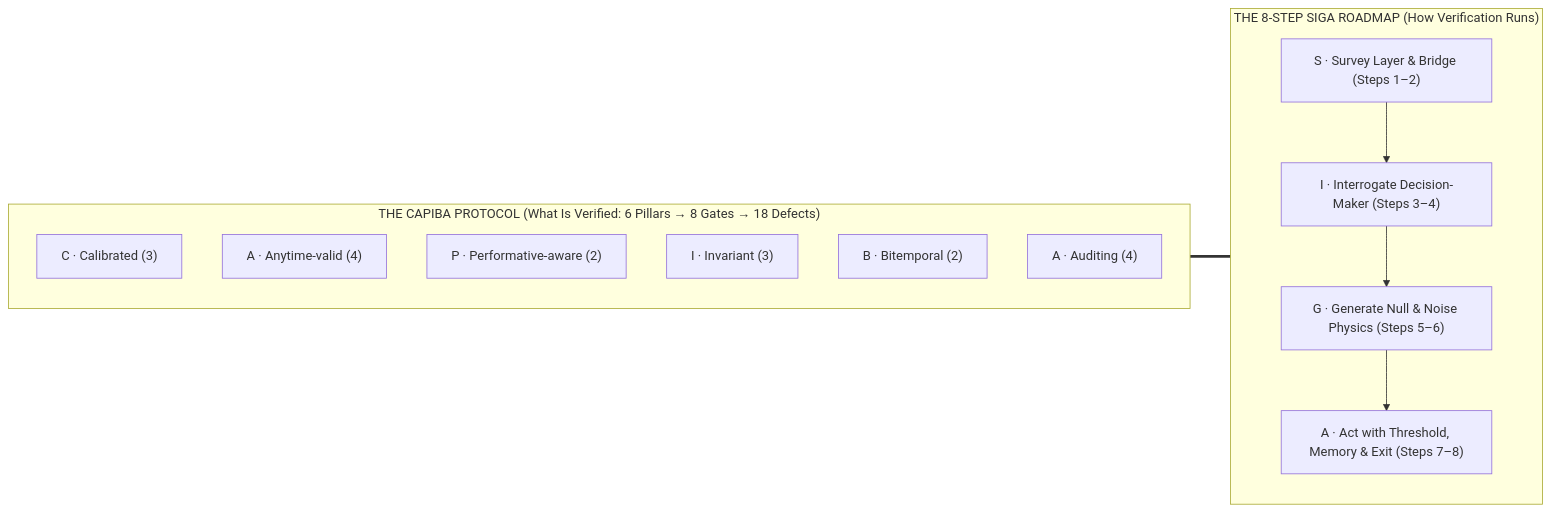
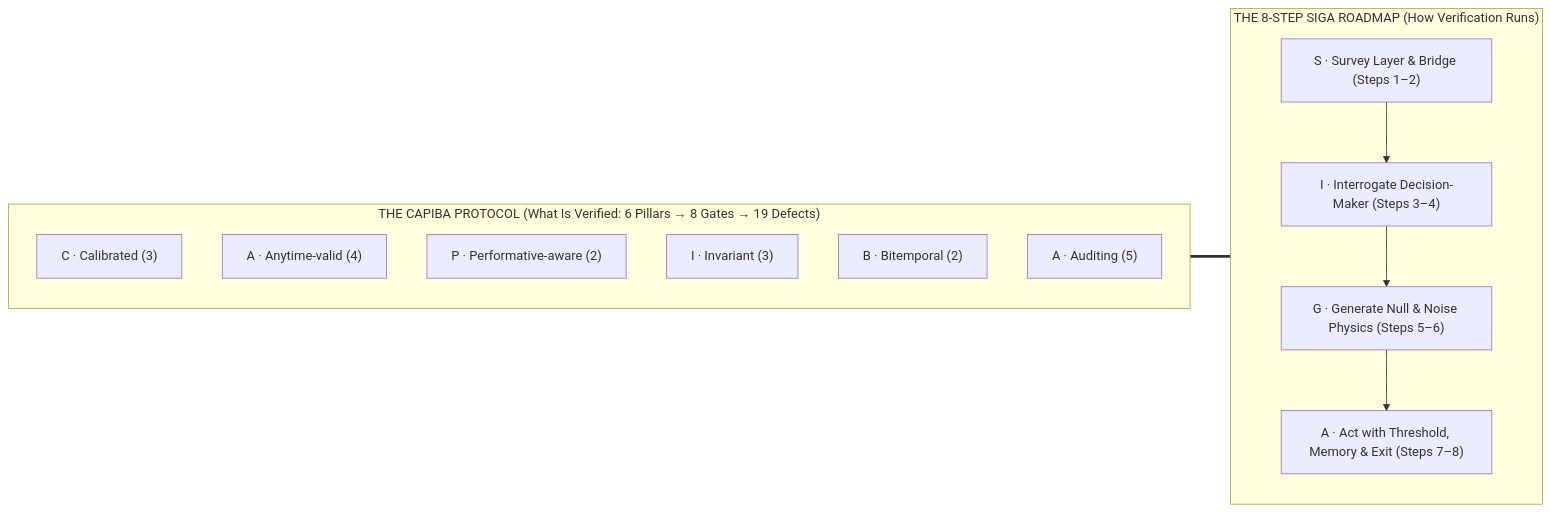
One commit to 0b3st4f3r4/stochology changed the diagram in book-src/00-preface.md. Above: the diagram before and after it, drawn with Mermaid. The commit also changed other lines of this file and 17 other files, not shown here.

````diff
--- a/book-src/00-preface.md
+++ b/book-src/00-preface.md
@@ -99,19 +99,19 @@
 ```mermaid
 flowchart LR
-    subgraph CAPIBA["THE CAPIBA PROTOCOL (What Is Verified: 6 Pillars → 8 Gates → 18 Defects)"]
+    subgraph CAPIBA["THE CAPIBA PROTOCOL (What Is Verified: 6 Pillars → 8 Gates → 19 Defects)"]
         C1["C · Calibrated (3)"]
         A1["A · Anytime-valid (4)"]
         P1["P · Performative-aware (2)"]
         I1["I · Invariant (3)"]
         B1["B · Bitemporal (2)"]
-        A2["A · Auditing (4)"]
+        A2["A · Auditing (5)"]
     end
     subgraph SIGA["THE 8-STEP SIGA ROADMAP (How Verification Runs)"]
         S["S · Survey Layer & Bridge (Steps 1–2)"]
         I["I · Interrogate Decision-Maker (Steps 3–4)"]
         G["G · Generate Null & Noise Physics (Steps 5–6)"]
         A["A · Act with Threshold, Memory & Exit (Steps 7–8)"]
     end
     S --> I --> G --> A
     CAPIBA === SIGA
 ```
````
